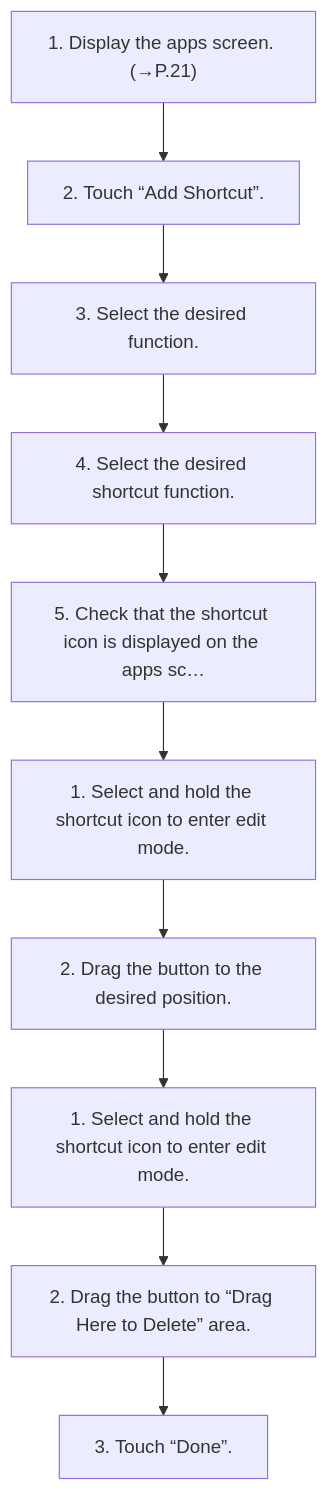
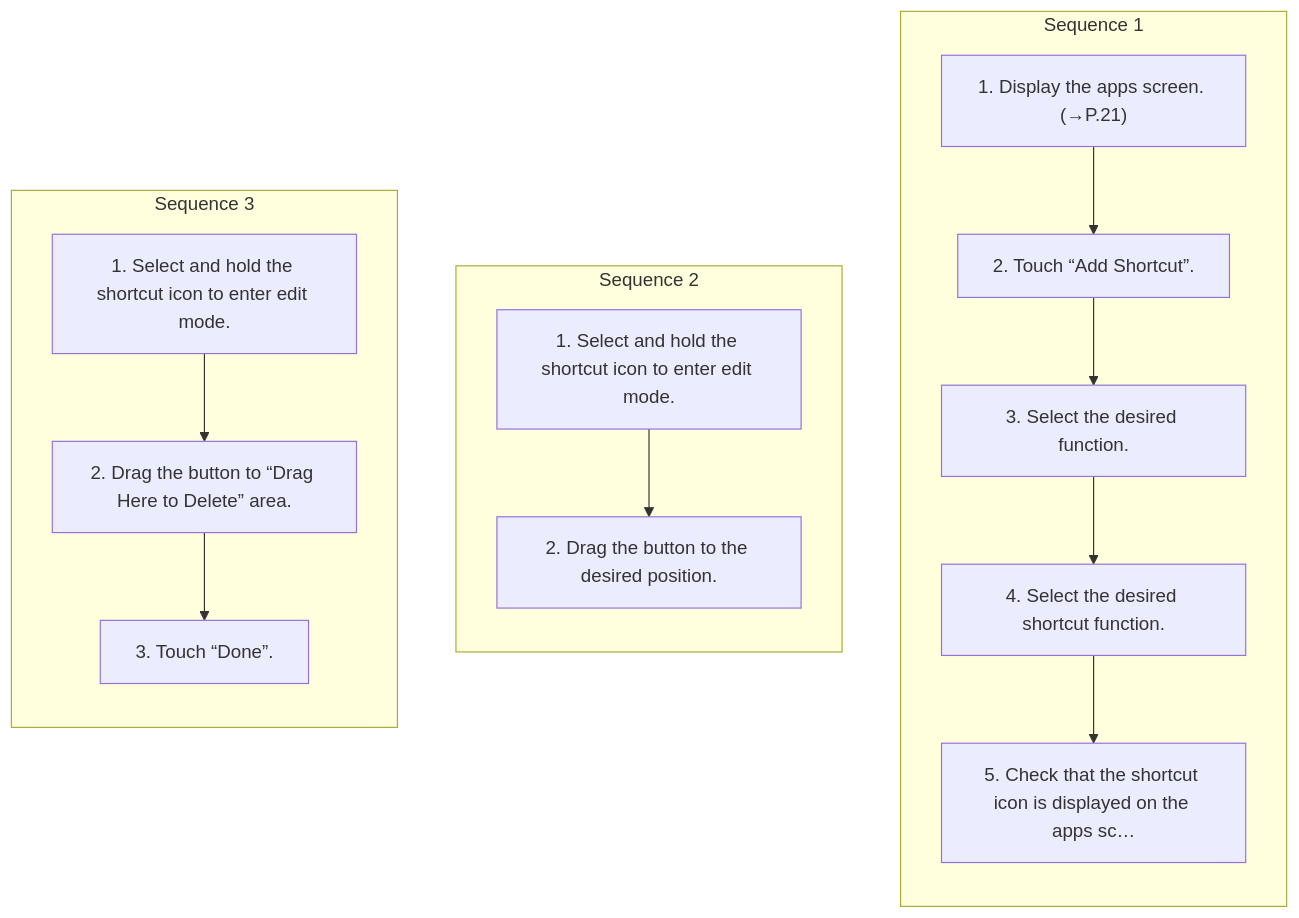
The diagram in workspace/subaru/outback-2026/ivi/published/basic-operation/9-apps-screen.md (Chieko-Y/my-spec-generator), drawn with Mermaid before and after one commit. The commit also changed other lines of this file and 268 other files, not shown here.

````diff
--- a/workspace/subaru/outback-2026/ivi/published/basic-operation/9-apps-screen.md
+++ b/workspace/subaru/outback-2026/ivi/published/basic-operation/9-apps-screen.md
@@ -14,22 +14,29 @@
 ```mermaid
 flowchart TD
-    S1["1. Display the apps screen. (→P.21)"]
-    S2["2. Touch “Add Shortcut”."]
-    S3["3. Select the desired function."]
-    S4["4. Select the desired shortcut function."]
-    S5["5. Check that the shortcut icon is displayed on the apps sc…"]
-    S6["1. Select and hold the shortcut icon to enter edit mode."]
-    S7["2. Drag the button to the desired position."]
-    S8["1. Select and hold the shortcut icon to enter edit mode."]
-    S9["2. Drag the button to “Drag Here to Delete” area."]
-    S10["3. Touch “Done”."]
-    S1 --> S2
-    S2 --> S3
-    S3 --> S4
-    S4 --> S5
-    S5 --> S6
-    S6 --> S7
-    S7 --> S8
-    S8 --> S9
-    S9 --> S10
+    subgraph SEQ1["Sequence 1"]
+    direction TB
+    S1_1["1. Display the apps screen. (→P.21)"]
+    S1_2["2. Touch “Add Shortcut”."]
+    S1_3["3. Select the desired function."]
+    S1_4["4. Select the desired shortcut function."]
+    S1_5["5. Check that the shortcut icon is displayed on the apps sc…"]
+    S1_1 --> S1_2
+    S1_2 --> S1_3
+    S1_3 --> S1_4
+    S1_4 --> S1_5
+    end
+    subgraph SEQ2["Sequence 2"]
+    direction TB
+    S2_1["1. Select and hold the shortcut icon to enter edit mode."]
+    S2_2["2. Drag the button to the desired position."]
+    S2_1 --> S2_2
+    end
+    subgraph SEQ3["Sequence 3"]
+    direction TB
+    S3_1["1. Select and hold the shortcut icon to enter edit mode."]
+    S3_2["2. Drag the button to “Drag Here to Delete” area."]
+    S3_3["3. Touch “Done”."]
+    S3_1 --> S3_2
+    S3_2 --> S3_3
+    end
 ```
````
